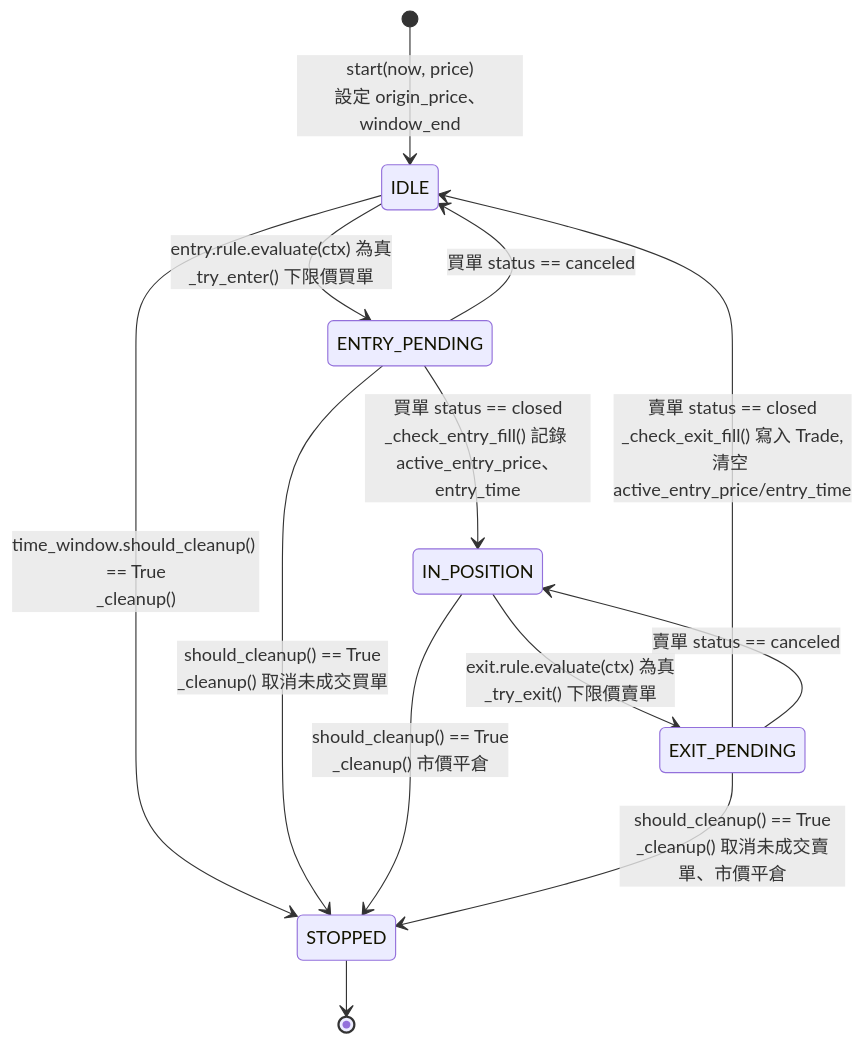
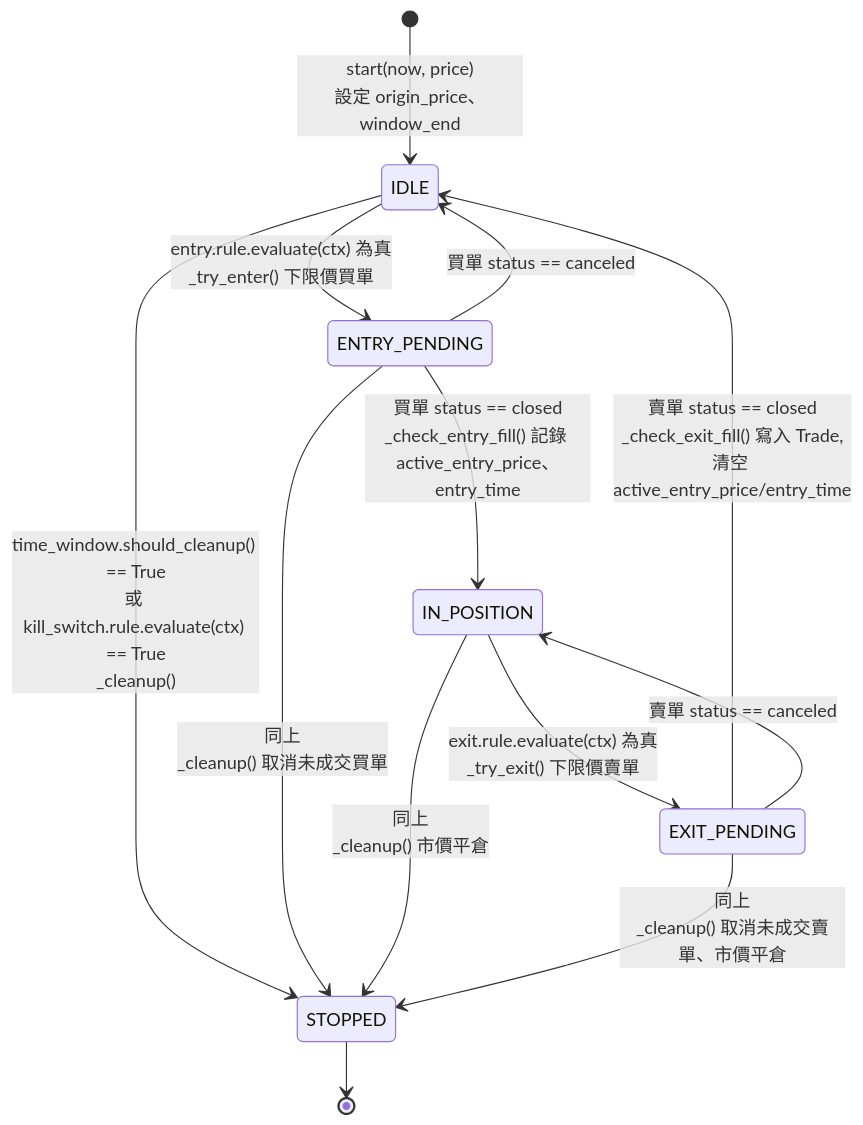
The second of 2 diagrams in docs/ARCHITECTURE.md (youcoolFa/strategy_lab), drawn with Mermaid before and after one commit. The commit also changed other lines of this file and 9 other files, not shown here.

First line of the commit message:
feat: add KillSwitch plugin type — market-behavior-triggered strategy termination

````diff
--- a/docs/ARCHITECTURE.md
+++ b/docs/ARCHITECTURE.md
@@ -102,19 +116,19 @@
 ```mermaid
 stateDiagram-v2
     [*] --> IDLE: start(now, price)<br/>設定 origin_price、window_end
 
     IDLE --> ENTRY_PENDING: entry.rule.evaluate(ctx) 為真<br/>_try_enter() 下限價買單
     ENTRY_PENDING --> IN_POSITION: 買單 status == closed<br/>_check_entry_fill() 記錄 active_entry_price、entry_time
     ENTRY_PENDING --> IDLE: 買單 status == canceled
 
     IN_POSITION --> EXIT_PENDING: exit.rule.evaluate(ctx) 為真<br/>_try_exit() 下限價賣單
     EXIT_PENDING --> IDLE: 賣單 status == closed<br/>_check_exit_fill() 寫入 Trade,清空 active_entry_price/entry_time
     EXIT_PENDING --> IN_POSITION: 賣單 status == canceled
 
-    IDLE --> STOPPED: time_window.should_cleanup() == True<br/>_cleanup()
-    ENTRY_PENDING --> STOPPED: should_cleanup() == True<br/>_cleanup() 取消未成交買單
-    IN_POSITION --> STOPPED: should_cleanup() == True<br/>_cleanup() 市價平倉
-    EXIT_PENDING --> STOPPED: should_cleanup() == True<br/>_cleanup() 取消未成交賣單、市價平倉
+    IDLE --> STOPPED: time_window.should_cleanup() == True<br/>或 kill_switch.rule.evaluate(ctx) == True<br/>_cleanup()
+    ENTRY_PENDING --> STOPPED: 同上<br/>_cleanup() 取消未成交買單
+    IN_POSITION --> STOPPED: 同上<br/>_cleanup() 市價平倉
+    EXIT_PENDING --> STOPPED: 同上<br/>_cleanup() 取消未成交賣單、市價平倉
 
     STOPPED --> [*]
 ```
````
